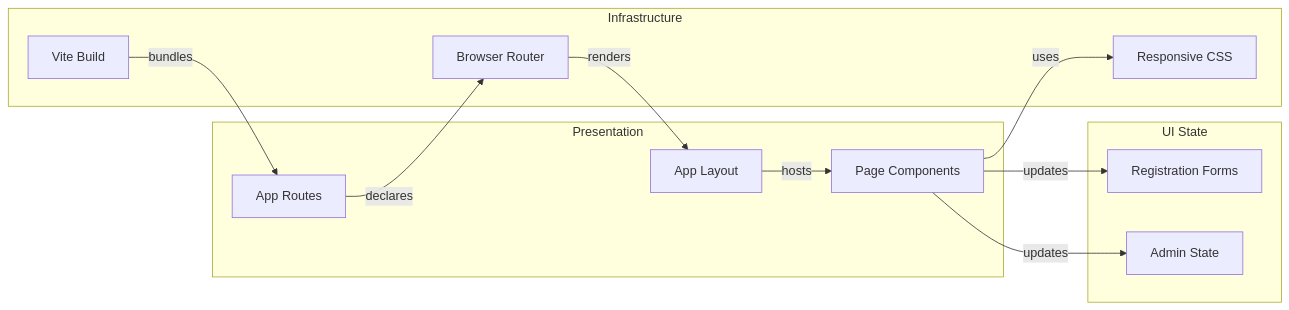
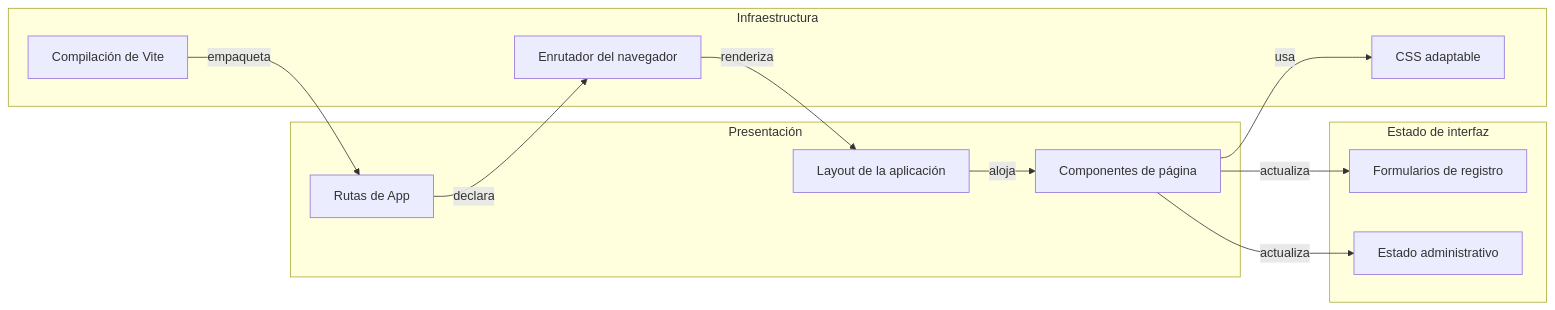
The second of 2 diagrams in .github/modernize/assessment/engines/facts/architecture-diagram.md (Pangust-code/frontend-tiendaBolsillo), drawn with Mermaid before and after one commit. The commit also changed other lines of this file and 10 other files, not shown here.

Commit message:
docs: translate diagrams and add latex structure

```diff
--- a/.github/modernize/assessment/engines/facts/architecture-diagram.md
+++ b/.github/modernize/assessment/engines/facts/architecture-diagram.md
@@ -60,25 +60,25 @@
 ~~~mermaid
 flowchart LR
-    subgraph PresentationLayer["Presentation"]
-        cApp["App Routes"]
-        cLayout["App Layout"]
-        cPages["Page Components"]
+    subgraph PresentationLayer["Presentación"]
+        cApp["Rutas de App"]
+        cLayout["Layout de la aplicación"]
+        cPages["Componentes de página"]
     end
-    subgraph StateLayer["UI State"]
-        cForms["Registration Forms"]
-        cAdmin["Admin State"]
+    subgraph StateLayer["Estado de interfaz"]
+        cForms["Formularios de registro"]
+        cAdmin["Estado administrativo"]
     end
-    subgraph InfrastructureLayer["Infrastructure"]
-        cRouter["Browser Router"]
-        cCss["Responsive CSS"]
-        cBuild["Vite Build"]
+    subgraph InfrastructureLayer["Infraestructura"]
+        cRouter["Enrutador del navegador"]
+        cCss["CSS adaptable"]
+        cBuild["Compilación de Vite"]
     end
 
-    cApp -->|"declares"| cRouter
-    cRouter -->|"renders"| cLayout
-    cLayout -->|"hosts"| cPages
-    cPages -->|"updates"| cForms
-    cPages -->|"updates"| cAdmin
-    cPages -->|"uses"| cCss
-    cBuild -->|"bundles"| cApp
+    cApp -->|"declara"| cRouter
+    cRouter -->|"renderiza"| cLayout
+    cLayout -->|"aloja"| cPages
+    cPages -->|"actualiza"| cForms
+    cPages -->|"actualiza"| cAdmin
+    cPages -->|"usa"| cCss
+    cBuild -->|"empaqueta"| cApp
 ~~~
```
